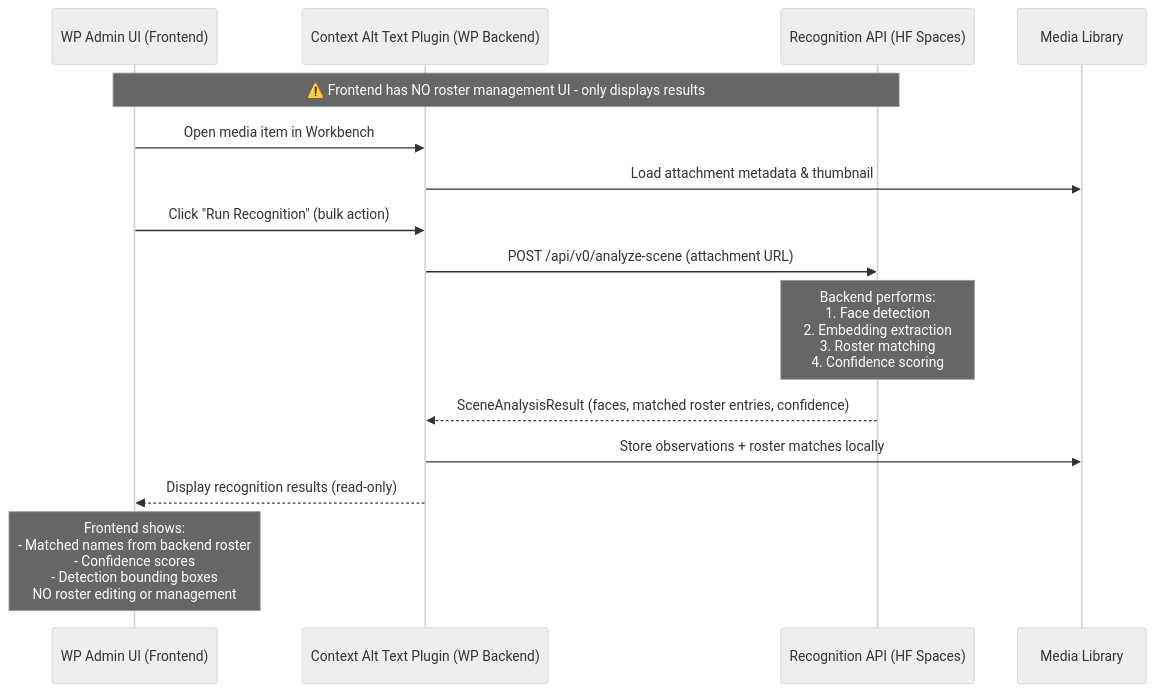
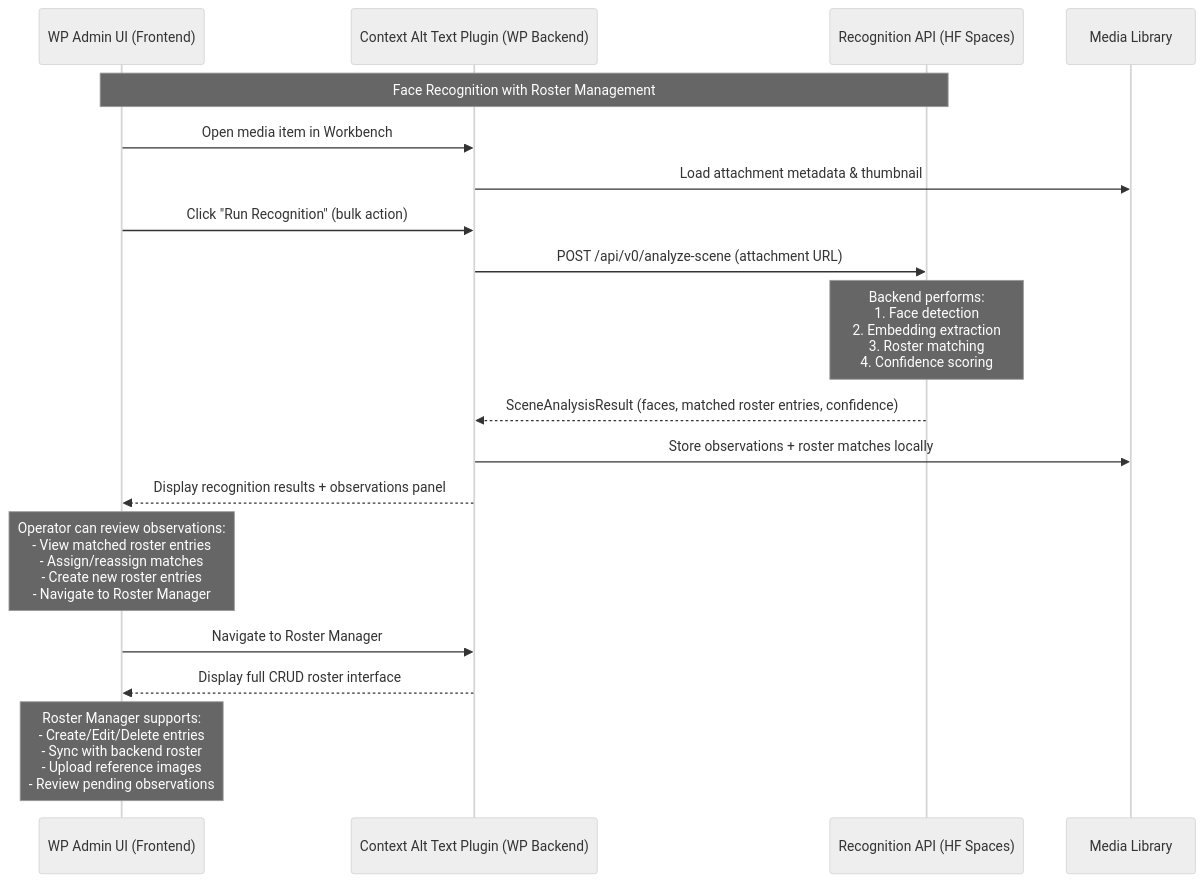
The diagram in docs/architecture/frontend-uml/sequence-face-tagging-remote.mmd (darce/context-alt-text-monorepo), drawn with Mermaid (neutral theme) before and after one commit. The commit also changed 5 other files, not shown here.

Commit message:
docs(uml): refresh recognition journey diagrams

```diff
--- a/docs/architecture/frontend-uml/sequence-face-tagging-remote.mmd
+++ b/docs/architecture/frontend-uml/sequence-face-tagging-remote.mmd
@@ -1,16 +1,19 @@
 sequenceDiagram
     participant Admin as WP Admin UI (Frontend)
     participant Plugin as Context Alt Text Plugin (WP Backend)
     participant Backend as Recognition API (HF Spaces)
     participant Storage as Media Library
 
-    Note over Admin,Backend: ⚠️ Frontend has NO roster management UI - only displays results
+    Note over Admin,Backend: Face Recognition with Roster Management
     Admin->>Plugin: Open media item in Workbench
     Plugin->>Storage: Load attachment metadata & thumbnail
     Admin->>Plugin: Click "Run Recognition" (bulk action)
     Plugin->>Backend: POST /api/v0/analyze-scene (attachment URL)
     Note over Backend: Backend performs:<br/>1. Face detection<br/>2. Embedding extraction<br/>3. Roster matching<br/>4. Confidence scoring
     Backend-->>Plugin: SceneAnalysisResult (faces, matched roster entries, confidence)
     Plugin->>Storage: Store observations + roster matches locally
-    Plugin-->>Admin: Display recognition results (read-only)
-    Note over Admin: Frontend shows:<br/>- Matched names from backend roster<br/>- Confidence scores<br/>- Detection bounding boxes<br/>NO roster editing or management
+    Plugin-->>Admin: Display recognition results + observations panel
+    Note over Admin: Operator can review observations:<br/>- View matched roster entries<br/>- Assign/reassign matches<br/>- Create new roster entries<br/>- Navigate to Roster Manager
+    Admin->>Plugin: Navigate to Roster Manager
+    Plugin-->>Admin: Display full CRUD roster interface
+    Note over Admin: Roster Manager supports:<br/>- Create/Edit/Delete entries<br/>- Sync with backend roster<br/>- Upload reference images<br/>- Review pending observations
```
